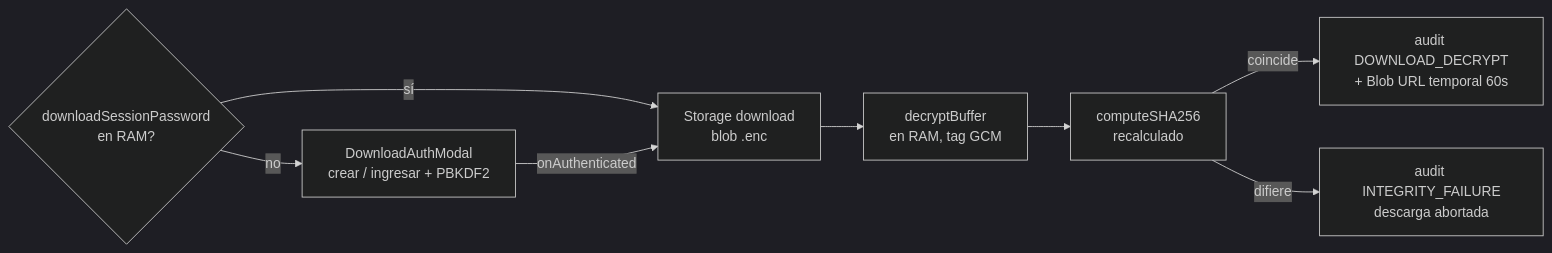
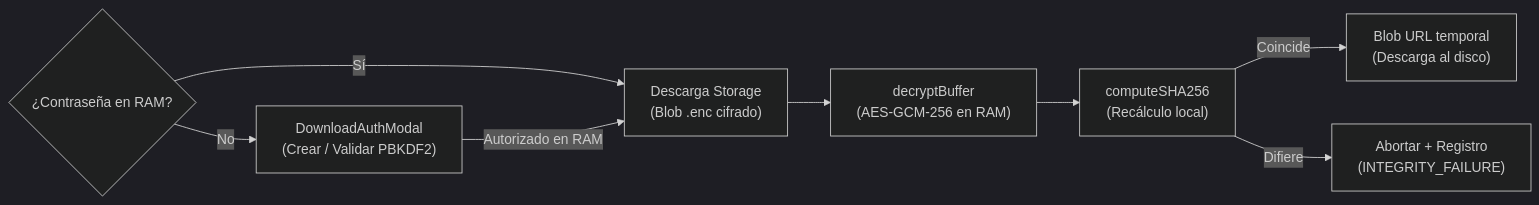
Before and after one commit to Gabi14544/INFINYX: the second of 2 diagrams in README.md, drawn with Mermaid (dark theme). The commit also changed other lines of this file and 10 other files, not shown here.

````diff
--- a/README.md
+++ b/README.md
@@ -227,10 +204,10 @@
 ```mermaid
 flowchart LR
-    G{downloadSessionPassword<br/>en RAM?} -->|sí| A
-    G -->|no| M[DownloadAuthModal<br/>crear / ingresar + PBKDF2]
-    M -->|onAuthenticated| A
-    A[Storage download<br/>blob .enc] --> B[decryptBuffer<br/>en RAM, tag GCM]
-    B --> C[computeSHA256<br/>recalculado]
-    C -->|coincide| D[audit DOWNLOAD_DECRYPT<br/>+ Blob URL temporal 60s]
-    C -->|difiere| E[audit INTEGRITY_FAILURE<br/>descarga abortada]
+    G{"¿Contraseña en RAM?"} -->|Sí| A
+    G -->|No| M["DownloadAuthModal<br/>(Crear / Validar PBKDF2)"]
+    M -->|Autorizado en RAM| A["Descarga Storage<br/>(Blob .enc cifrado)"]
+    A --> B["decryptBuffer<br/>(AES-GCM-256 en RAM)"]
+    B --> C["computeSHA256<br/>(Recálculo local)"]
+    C -->|Coincide| D["Blob URL temporal<br/>(Descarga al disco)"]
+    C -->|Difiere| E["Abortar + Registro<br/>(INTEGRITY_FAILURE)"]
 ```
````
